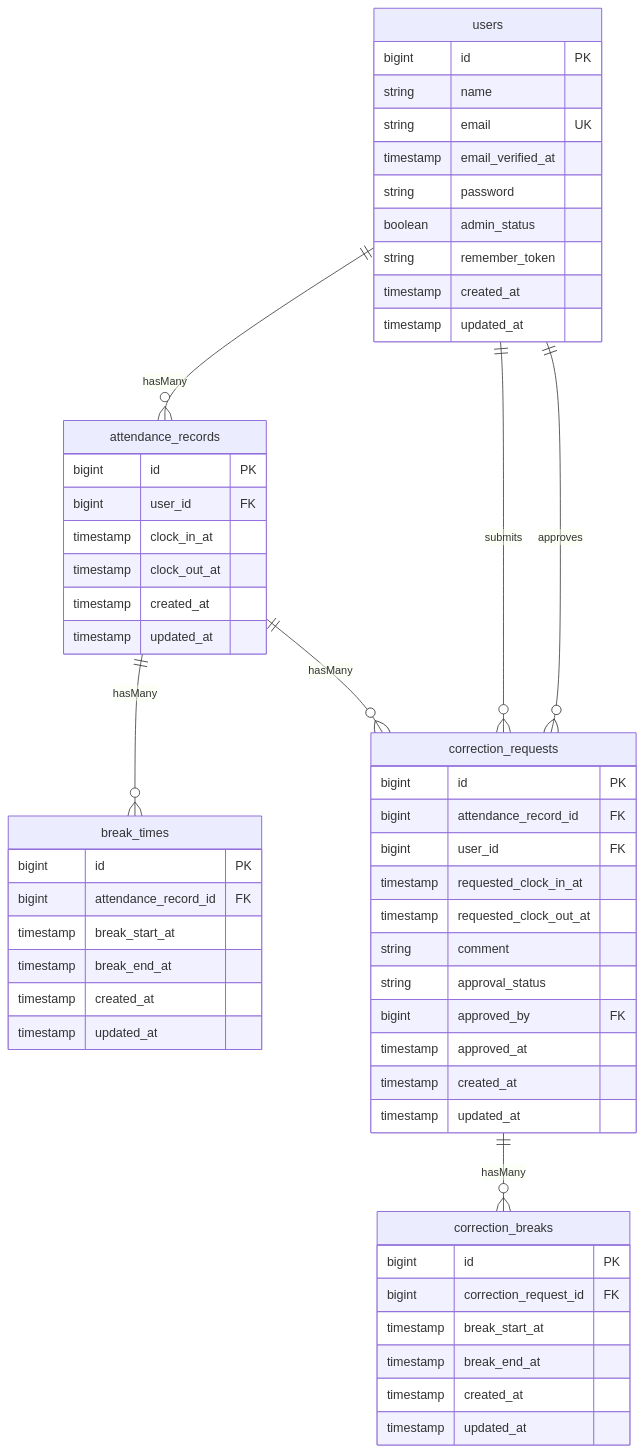
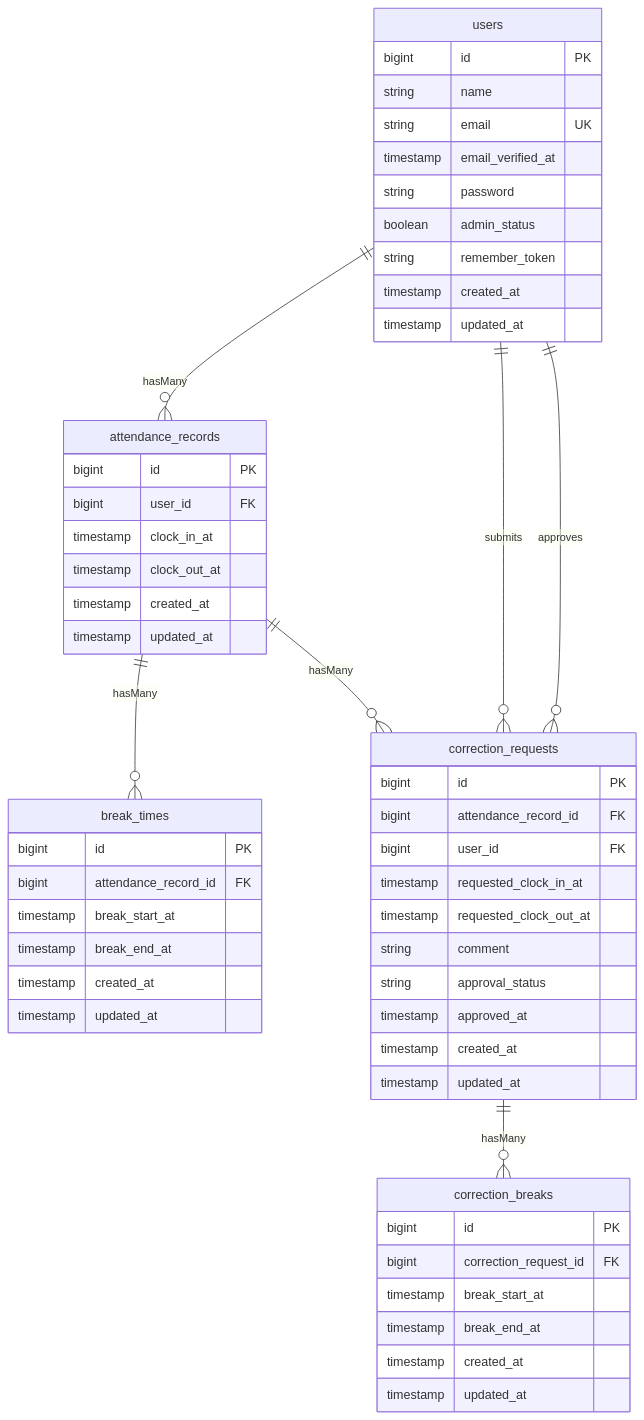
Before and after one commit to Asuka-Asai06/attendance-app: the diagram in README.md, drawn with Mermaid. The commit also changed 7 other files, not shown here.

````diff
--- a/README.md
+++ b/README.md
@@ -30,63 +30,62 @@
 ```mermaid
 erDiagram
 
     users ||--o{ attendance_records : "hasMany"  
     attendance_records ||--o{ break_times : "hasMany"  
     users ||--o{ correction_requests : submits  
     users ||--o{ correction_requests : approves  
     attendance_records ||--o{ correction_requests : "hasMany"  
     correction_requests ||--o{ correction_breaks : "hasMany"  
 
     users {
         bigint id PK
         string name
         string email UK
         timestamp email_verified_at
         string password
         boolean admin_status
         string remember_token
         timestamp created_at
         timestamp updated_at
     }
 
     attendance_records {
         bigint id PK
         bigint user_id FK
         timestamp clock_in_at
         timestamp clock_out_at
         timestamp created_at
         timestamp updated_at
     }
 
     break_times {
         bigint id PK
         bigint attendance_record_id FK
         timestamp break_start_at
         timestamp break_end_at
         timestamp created_at
         timestamp updated_at
     }
 
     correction_requests {
         bigint id PK
         bigint attendance_record_id FK
         bigint user_id FK
         timestamp requested_clock_in_at
         timestamp requested_clock_out_at
         string comment
         string approval_status
-        bigint approved_by FK
         timestamp approved_at
         timestamp created_at
         timestamp updated_at
     }
 
     correction_breaks {
         bigint id PK
         bigint correction_request_id FK
         timestamp break_start_at
         timestamp break_end_at
         timestamp created_at
         timestamp updated_at
     }
 ```
````
